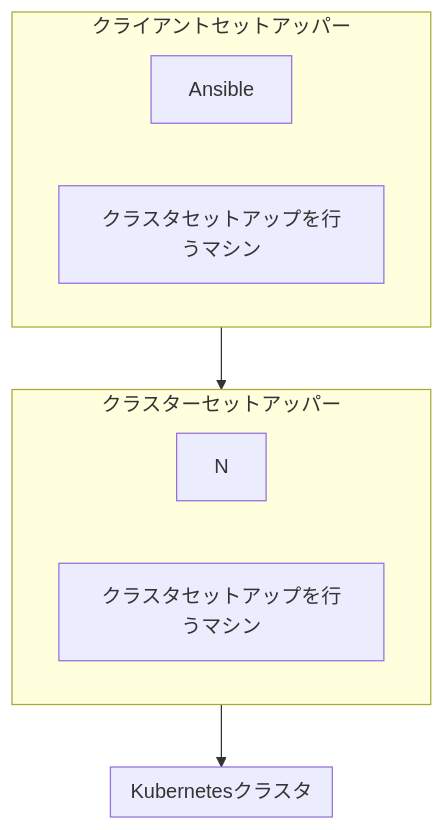
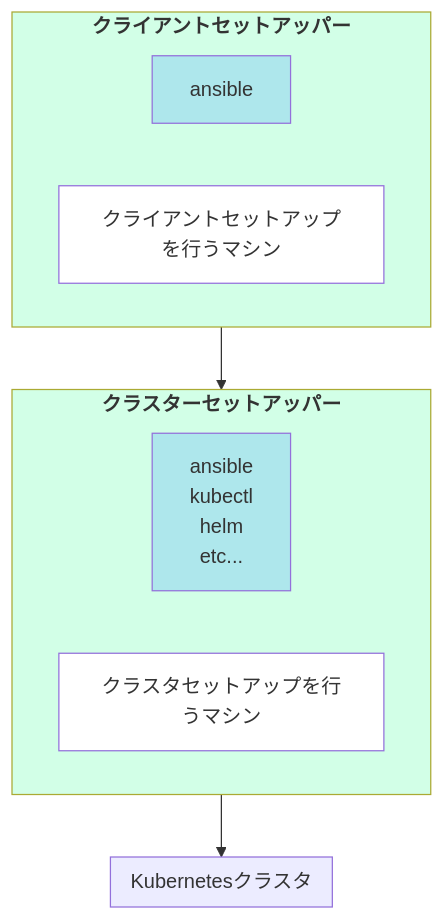
One commit to ky381011/k8s-the-hard-way changed the diagram in design/docs/01-setup.md. Above: the diagram before and after it, drawn with Mermaid.

Commit message:
Mermaid図のクラス定義を追加し、クライアントセットアップツールの名称を修正

````diff
--- a/design/docs/01-setup.md
+++ b/design/docs/01-setup.md
@@ -5,18 +5,30 @@
 ```mermaid
+%%{init: {'flowchart': {'htmlLabels': true, 'wrap': true}, 'securityLevel': 'loose'}}%%
 graph TB
+    classDef Machine fill:#22FF88,fill-opacity:0.2,font-weight:bold
+    classDef Tools fill:#2288FF,fill-opacity:0.2
+    classDef Description fill:#FFFFFF
+
     subgraph ClientSetUpper ["クライアントセットアッパー"]
-        SetUpperTools["Ansible"]
-        SetUpperDescription["クラスタセットアップを行うマシン"]
+        SetUpperTools["ansible"]
+        SetUpperDescription["クライアントセットアップを行うマシン"]
     end
 
     subgraph ClusterSetUpper ["クラスターセットアッパー"]
-        ClientTools["N"]
+        ClientTools["ansible</br>kubectl</br>helm</br>etc..."]
         ClientDescription["クラスタセットアップを行うマシン"]
     end
     
     subgraph K8sCluster ["Kubernetesクラスタ"]
 
     end
     
     ClientSetUpper --> ClusterSetUpper --> K8sCluster
+
+    class SetUpperTools Tools
+    class ClientTools Tools
+    class ClusterSetUpper Machine
+    class ClientSetUpper Machine
+    class SetUpperDescription Description
+    class ClientDescription Description
 ```
````
